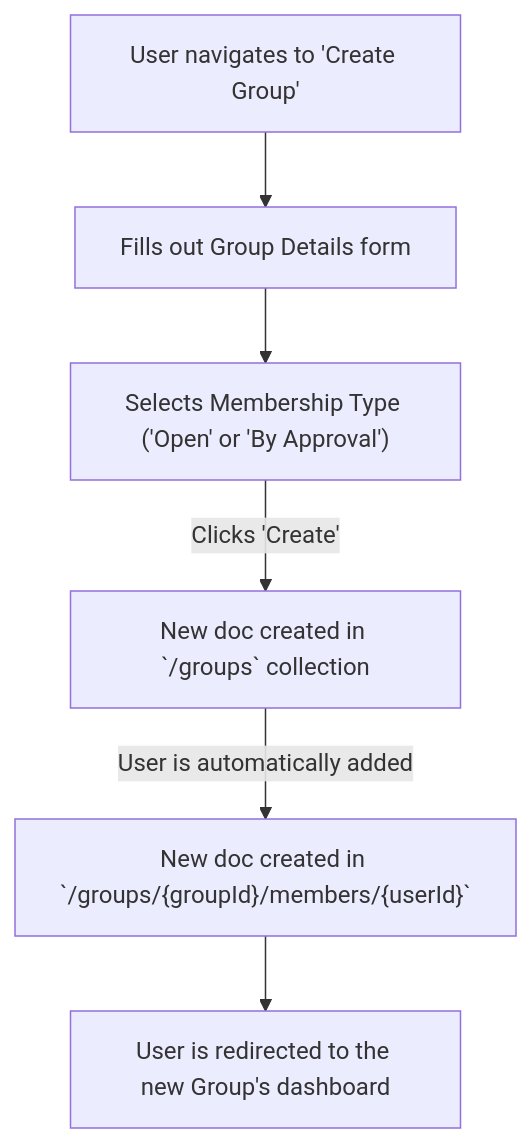
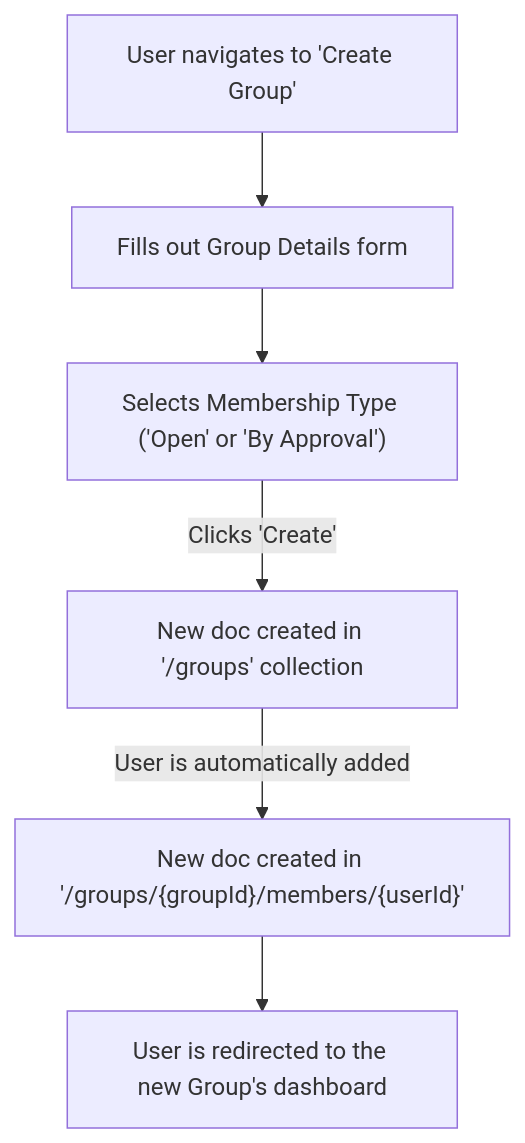
One commit to amitrke/getspot changed the second of 6 diagrams in docs/USER_JOURNEYS.md. Above: the diagram before and after it, drawn with Mermaid. The commit also changed other lines of this file, not shown here.

Commit message:
Update flow diagrams in USER_JOURNEYS.md to use single quotes for file paths

````diff
--- a/docs/USER_JOURNEYS.md
+++ b/docs/USER_JOURNEYS.md
@@ -35,8 +35,8 @@
 ```mermaid
 graph TD
     A[User navigates to 'Create Group'] --> B[Fills out Group Details form];
     B --> C["Selects Membership Type ('Open' or 'By Approval')"];
-    C -- Clicks 'Create' --> D[New doc created in `/groups` collection];
-    D -->|User is automatically added| E["New doc created in `/groups/{groupId}/members/{userId}`"];
+    C -- Clicks 'Create' --> D[New doc created in '/groups' collection];
+    D -->|User is automatically added| E["New doc created in '/groups/{groupId}/members/{userId}'"];
     E --> F[User is redirected to the new Group's dashboard];
 ```
````
